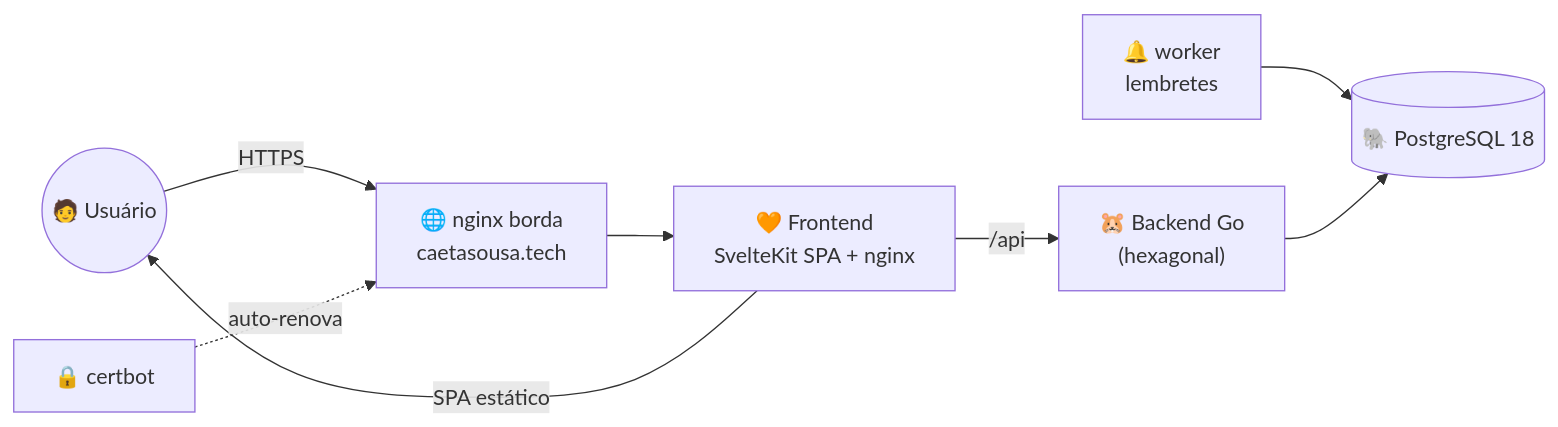
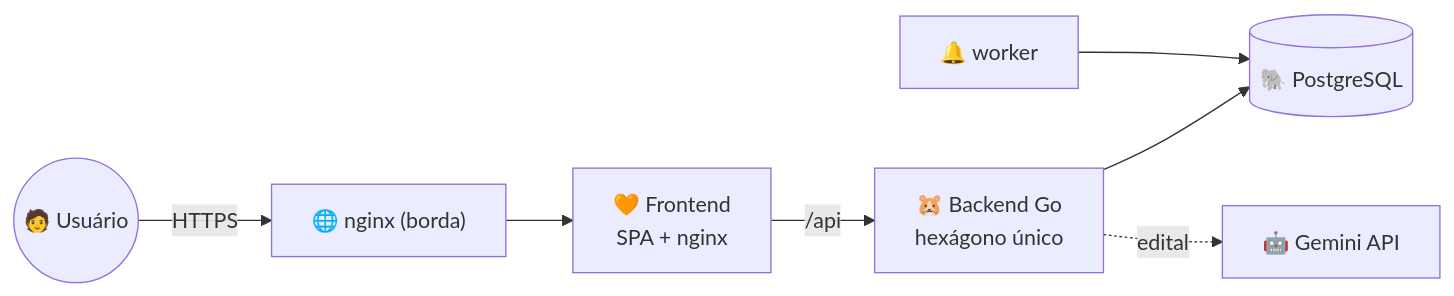
The diagram in README.md (caetasousa/studygo), drawn with Mermaid before and after one commit. The commit also changed other lines of this file and 2 other files, not shown here.

````diff
--- a/README.md
+++ b/README.md
@@ -37,10 +65,9 @@
 ```mermaid
 flowchart LR
-    U(("🧑 Usuário")) -- HTTPS --> N["🌐 nginx borda<br/>caetasousa.tech"]
-    N --> F["🧡 Frontend<br/>SvelteKit SPA + nginx"]
-    F -- "SPA estático" --> U
-    F -- "/api" --> B["🐹 Backend Go<br/>(hexagonal)"]
-    W["🔔 worker<br/>lembretes"] --> P
-    B --> P[("🐘 PostgreSQL 18")]
-    C["🔒 certbot"] -.auto-renova.-> N
+    U(("🧑 Usuário")) -- HTTPS --> N["🌐 nginx (borda)"]
+    N --> F["🧡 Frontend<br/>SPA + nginx"]
+    F -- "/api" --> B["🐹 Backend Go<br/>hexágono único"]
+    W["🔔 worker"] --> P
+    B --> P[("🐘 PostgreSQL")]
+    B -. edital .-> G["🤖 Gemini API"]
 ```
````
